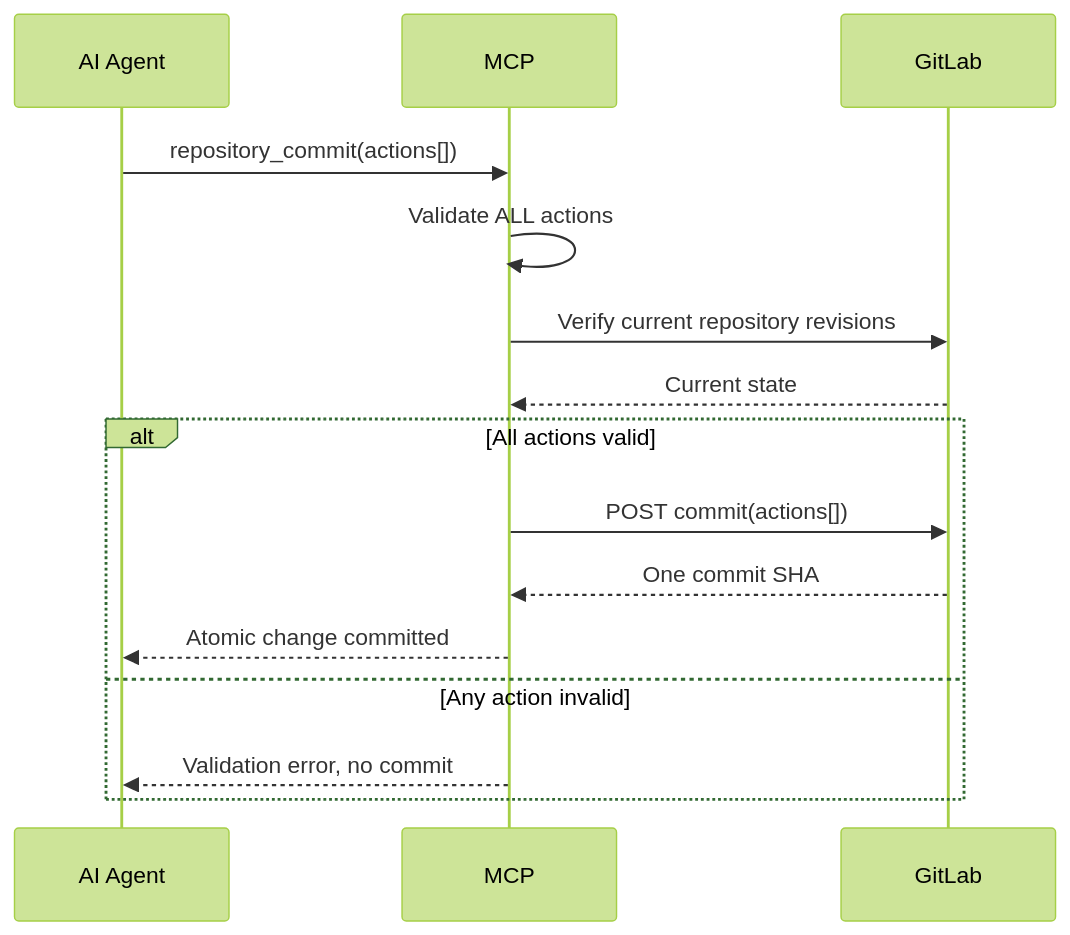
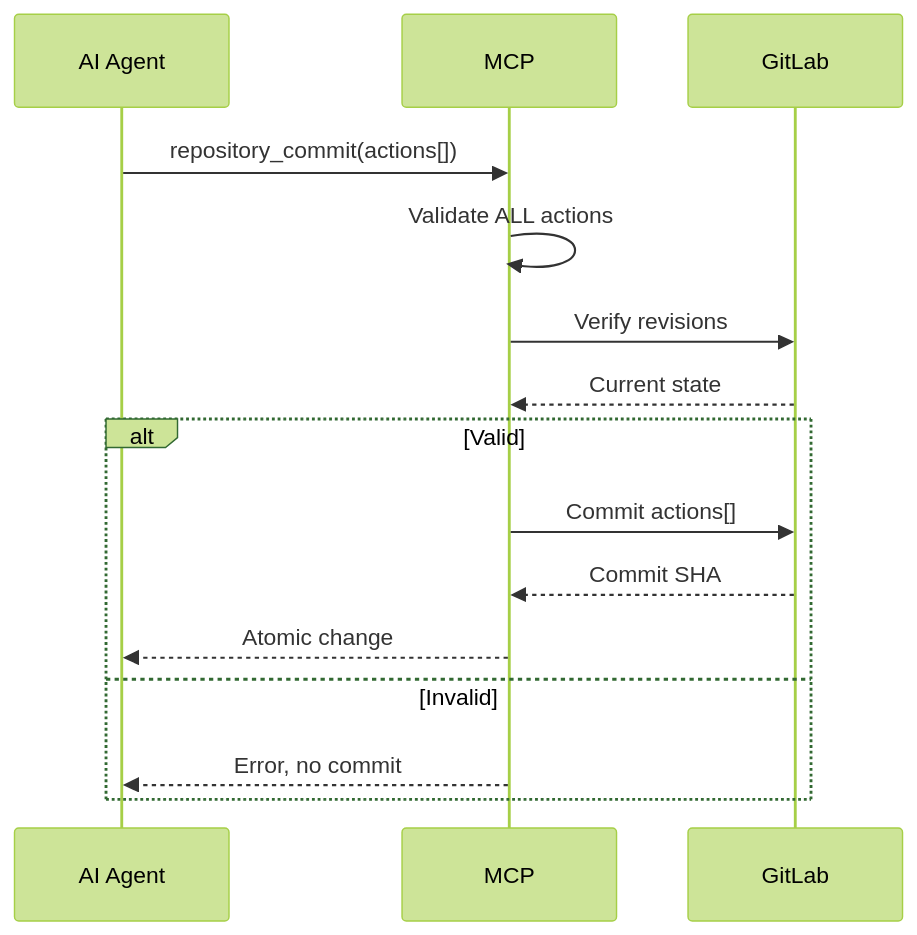
One commit to SkySai1/ArchRepoMCP changed the tenth of 15 diagrams in AGENTS.md. Above: the diagram before and after it, drawn with Mermaid (forest theme). The commit also changed other lines of this file, not shown here.

````diff
--- a/AGENTS.md
+++ b/AGENTS.md
@@ -956,19 +1237,19 @@
 ```mermaid
 sequenceDiagram
     participant A as AI Agent
     participant M as MCP
     participant G as GitLab
 
     A->>M: repository_commit(actions[])
     M->>M: Validate ALL actions
-    M->>G: Verify current repository revisions
+    M->>G: Verify revisions
     G-->>M: Current state
 
-    alt All actions valid
-        M->>G: POST commit(actions[])
-        G-->>M: One commit SHA
-        M-->>A: Atomic change committed
-    else Any action invalid
-        M-->>A: Validation error, no commit
+    alt Valid
+        M->>G: Commit actions[]
+        G-->>M: Commit SHA
+        M-->>A: Atomic change
+    else Invalid
+        M-->>A: Error, no commit
     end
 ```
````
